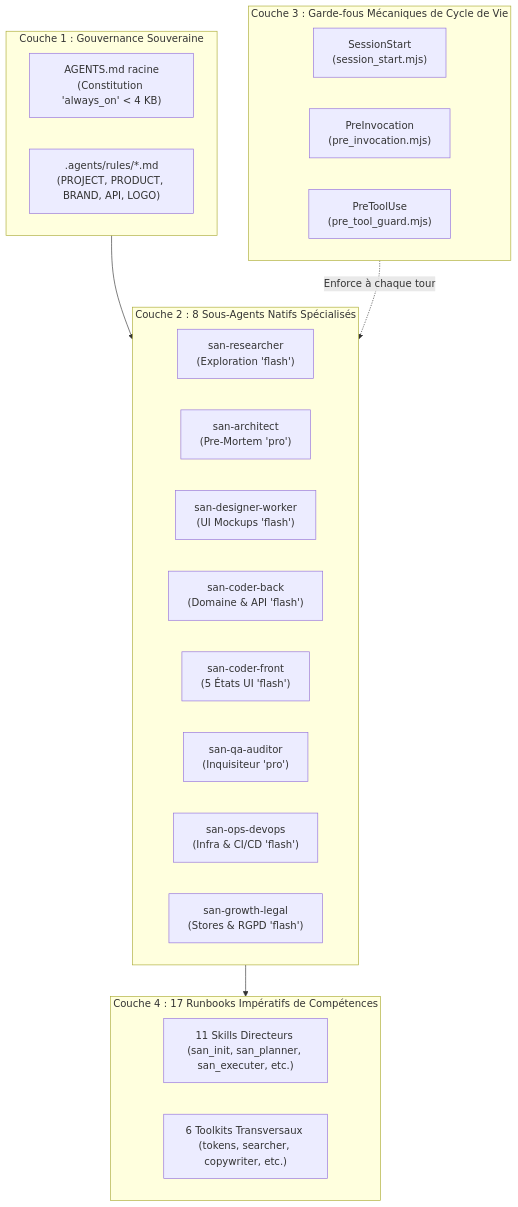
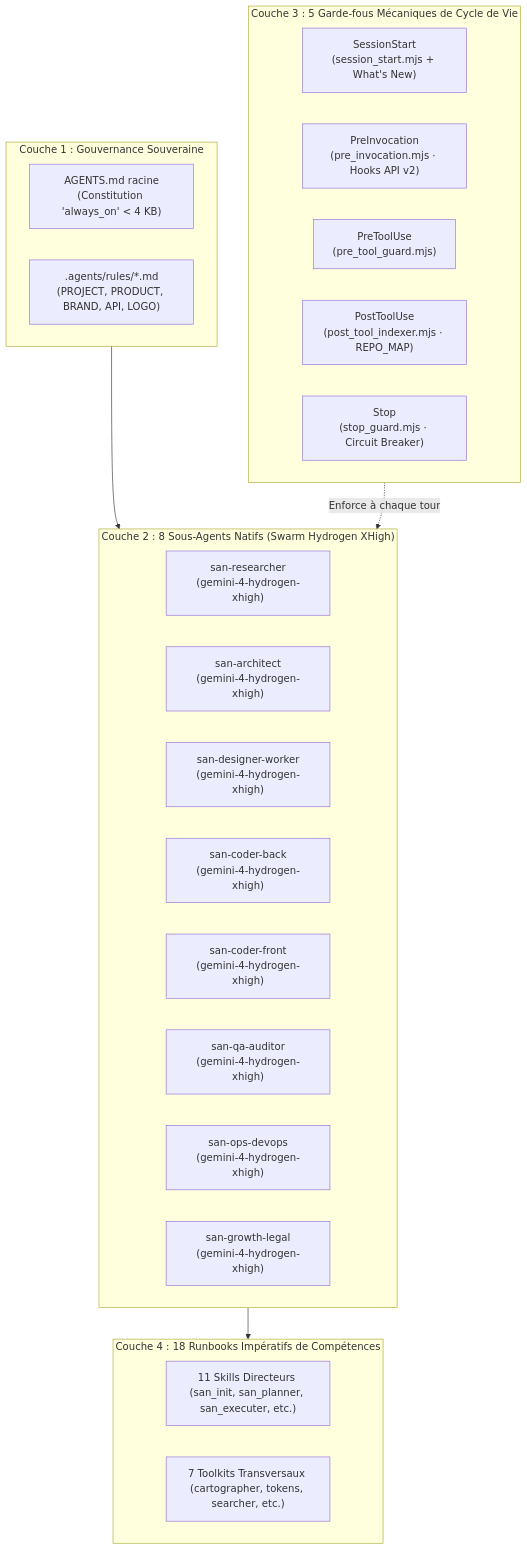
Before and after one commit to alexsan-dev/san_agy_framework: the first of 2 diagrams in README.md, drawn with Mermaid. The commit also changed other lines of this file and 53 other files, not shown here.

````diff
--- a/README.md
+++ b/README.md
@@ -34,33 +35,35 @@
 ```mermaid
 flowchart TD
     subgraph L1["Couche 1 : Gouvernance Souveraine"]
         C1A["AGENTS.md racine<br/>(Constitution 'always_on' < 4 KB)"]
         C1B[".agents/rules/*.md<br/>(PROJECT, PRODUCT, BRAND, API, LOGO)"]
     end
 
-    subgraph L2["Couche 2 : 8 Sous-Agents Natifs Spécialisés"]
-        C2A["san-researcher<br/>(Exploration 'flash')"]
-        C2B["san-architect<br/>(Pre-Mortem 'pro')"]
-        C2C["san-designer-worker<br/>(UI Mockups 'flash')"]
-        C2D["san-coder-back<br/>(Domaine & API 'flash')"]
-        C2E["san-coder-front<br/>(5 États UI 'flash')"]
-        C2F["san-qa-auditor<br/>(Inquisiteur 'pro')"]
-        C2G["san-ops-devops<br/>(Infra & CI/CD 'flash')"]
-        C2H["san-growth-legal<br/>(Stores & RGPD 'flash')"]
+    subgraph L2["Couche 2 : 8 Sous-Agents Natifs (Swarm Hydrogen XHigh)"]
+        C2A["san-researcher<br/>(gemini-4-hydrogen-xhigh)"]
+        C2B["san-architect<br/>(gemini-4-hydrogen-xhigh)"]
+        C2C["san-designer-worker<br/>(gemini-4-hydrogen-xhigh)"]
+        C2D["san-coder-back<br/>(gemini-4-hydrogen-xhigh)"]
+        C2E["san-coder-front<br/>(gemini-4-hydrogen-xhigh)"]
+        C2F["san-qa-auditor<br/>(gemini-4-hydrogen-xhigh)"]
+        C2G["san-ops-devops<br/>(gemini-4-hydrogen-xhigh)"]
+        C2H["san-growth-legal<br/>(gemini-4-hydrogen-xhigh)"]
     end
 
-    subgraph L3["Couche 3 : Garde-fous Mécaniques de Cycle de Vie"]
-        C3A["SessionStart<br/>(session_start.mjs)"]
-        C3B["PreInvocation<br/>(pre_invocation.mjs)"]
+    subgraph L3["Couche 3 : 5 Garde-fous Mécaniques de Cycle de Vie"]
+        C3A["SessionStart<br/>(session_start.mjs + What's New)"]
+        C3B["PreInvocation<br/>(pre_invocation.mjs · Hooks API v2)"]
         C3C["PreToolUse<br/>(pre_tool_guard.mjs)"]
+        C3D["PostToolUse<br/>(post_tool_indexer.mjs · REPO_MAP)"]
+        C3E["Stop<br/>(stop_guard.mjs · Circuit Breaker)"]
     end
 
-    subgraph L4["Couche 4 : 17 Runbooks Impératifs de Compétences"]
+    subgraph L4["Couche 4 : 18 Runbooks Impératifs de Compétences"]
         C4A["11 Skills Directeurs (san_init, san_planner, san_executer, etc.)"]
-        C4B["6 Toolkits Transversaux (tokens, searcher, copywriter, etc.)"]
+        C4B["7 Toolkits Transversaux (cartographer, tokens, searcher, etc.)"]
     end
 
     L1 --> L2
     L3 -.->|Enforce à chaque tour| L2
     L2 --> L4
 ```
````
